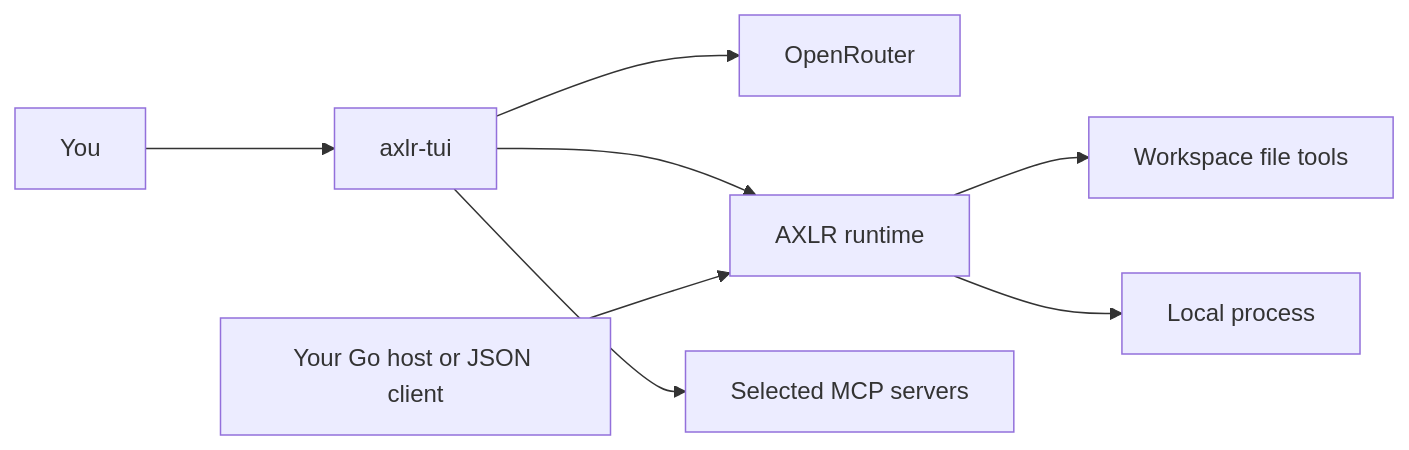
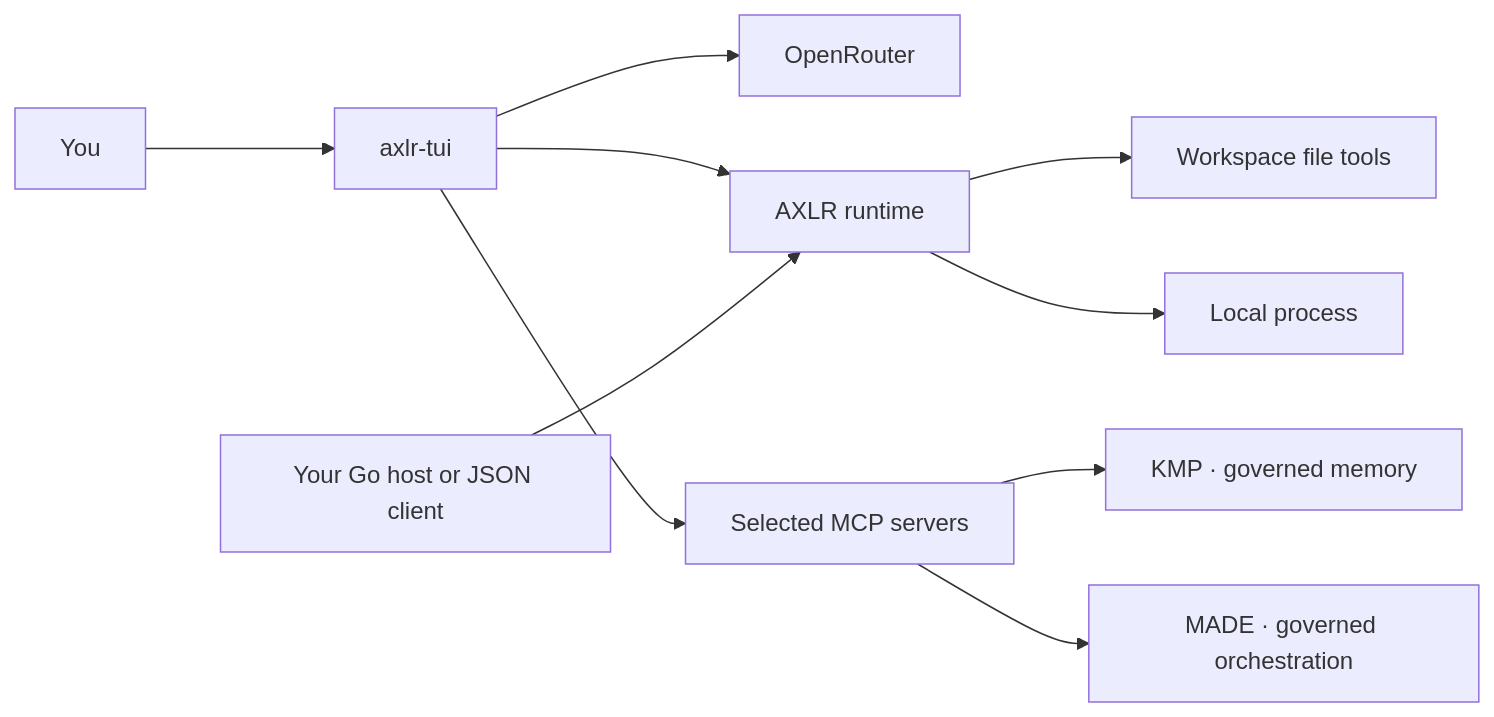
One commit to underpass-ai/AXLR changed the diagram in README.md. Above: the diagram before and after it, drawn with Mermaid. The commit also changed other lines of this file and 14 other files, not shown here.

````diff
--- a/README.md
+++ b/README.md
@@ -40,10 +42,12 @@
 ```mermaid
 flowchart LR
     U[You] --> T[axlr-tui]
     T --> O[OpenRouter]
     T --> R[AXLR runtime]
     R --> F[Workspace file tools]
     R --> E[Local process]
     T --> M[Selected MCP servers]
+    M --> K[KMP · governed memory]
+    M --> C[MADE · governed orchestration]
     H[Your Go host or JSON client] --> R
 ```
````
